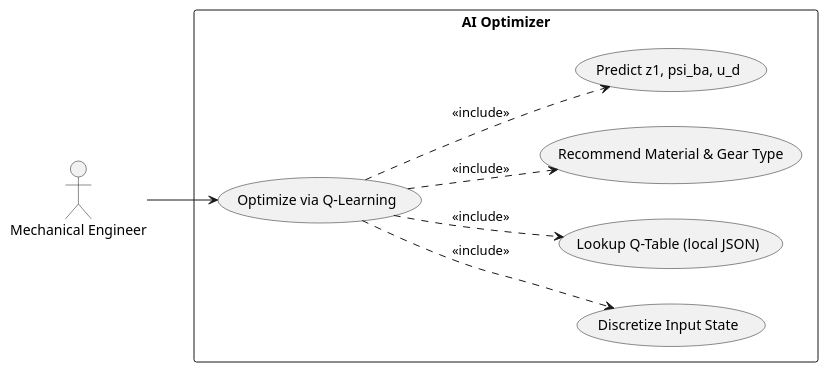
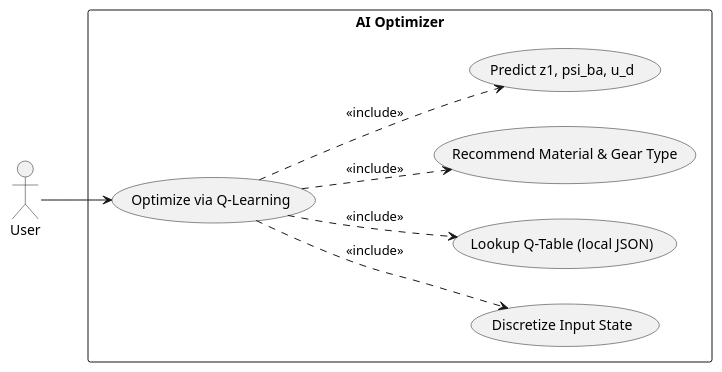
The diagram in docs/uml/uc_ai.puml (dvydinh/mechdrive), drawn with PlantUML before and after one commit. The commit also changed 4 other files, not shown here.

```diff
--- a/docs/uml/uc_ai.puml
+++ b/docs/uml/uc_ai.puml
@@ -1,24 +1,24 @@
 @startuml
 left to right direction
 skinparam packageStyle rectangle
 
-actor "Mechanical Engineer" as eng
+actor "User" as user
 
 package "AI Optimizer" {
   together {
     usecase "Optimize via Q-Learning" as UC1
   }
   
   usecase "Discretize Input State" as UC1_1
   usecase "Lookup Q-Table (local JSON)" as UC1_2
   usecase "Recommend Material & Gear Type" as UC1_3
   usecase "Predict z1, psi_ba, u_d" as UC1_4
 }
 
-eng --> UC1
+user --> UC1
 UC1 ..> UC1_1 : <<include>>
 UC1 ..> UC1_2 : <<include>>
 UC1 ..> UC1_3 : <<include>>
 UC1 ..> UC1_4 : <<include>>
 
 @enduml
```
